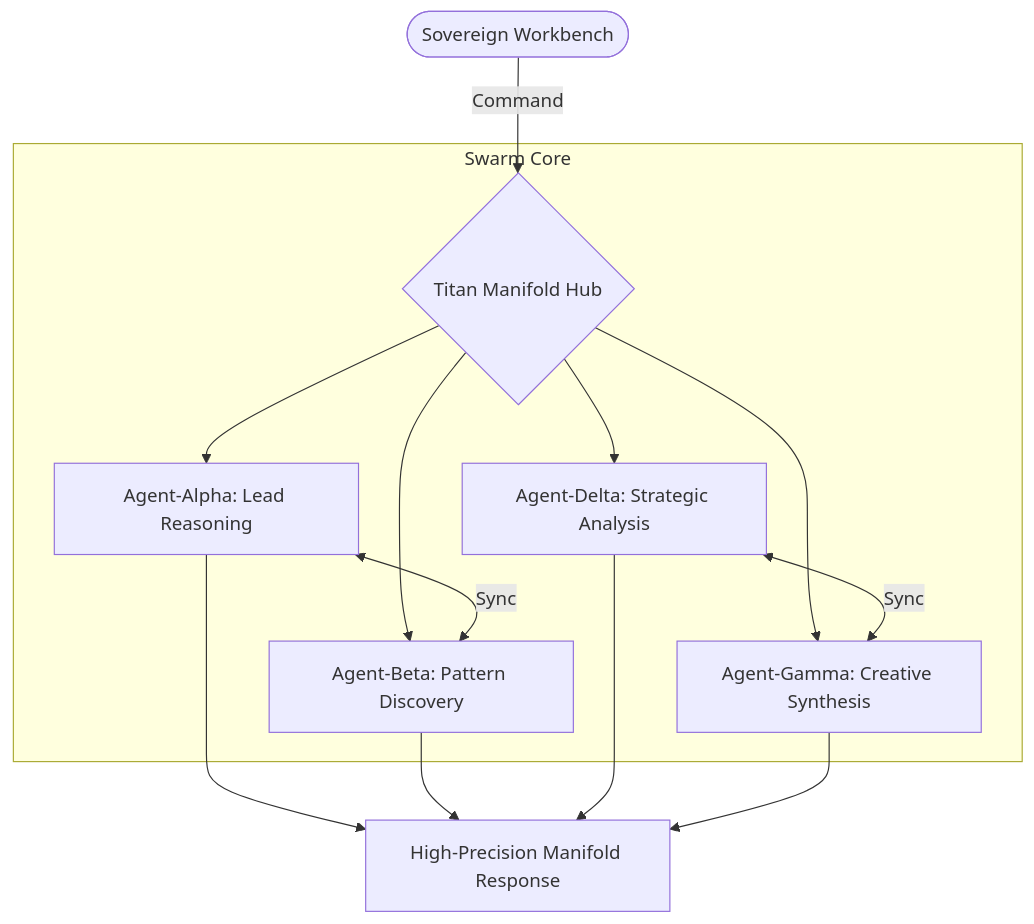
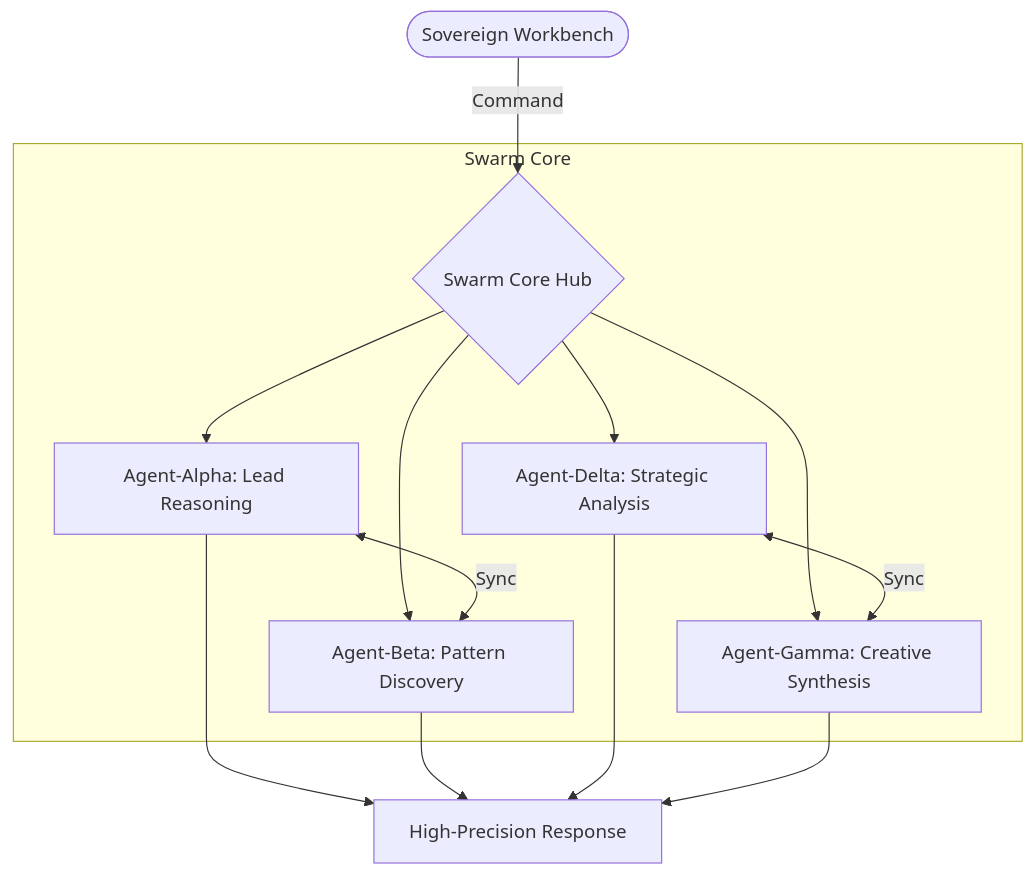
One commit to sumithkumar07/Sovereign-Swarm-Engine changed the diagram in README.md. Above: the diagram before and after it, drawn with Mermaid. The commit also changed other lines of this file and 6 other files, not shown here.

````diff
--- a/README.md
+++ b/README.md
@@ -27,15 +27,15 @@
 ```mermaid
 graph TD
-    User([Sovereign Workbench]) -->|Command| Manifold{Titan Manifold Hub}
+    User([Sovereign Workbench]) -->|Command| SwarmHub{Swarm Core Hub}
     
     subgraph SC ["Swarm Core"]
-        Manifold --> Alpha[Agent-Alpha: Lead Reasoning]
-        Manifold --> Beta[Agent-Beta: Pattern Discovery]
-        Manifold --> Delta[Agent-Delta: Strategic Analysis]
-        Manifold --> Gamma[Agent-Gamma: Creative Synthesis]
+        SwarmHub --> Alpha[Agent-Alpha: Lead Reasoning]
+        SwarmHub --> Beta[Agent-Beta: Pattern Discovery]
+        SwarmHub --> Delta[Agent-Delta: Strategic Analysis]
+        SwarmHub --> Gamma[Agent-Gamma: Creative Synthesis]
     end
     
     Alpha <-->|Sync| Beta
     Delta <-->|Sync| Gamma
-    Alpha & Beta & Delta & Gamma --> Output[High-Precision Manifold Response]
+    Alpha & Beta & Delta & Gamma --> Output[High-Precision Response]
 ```
````
